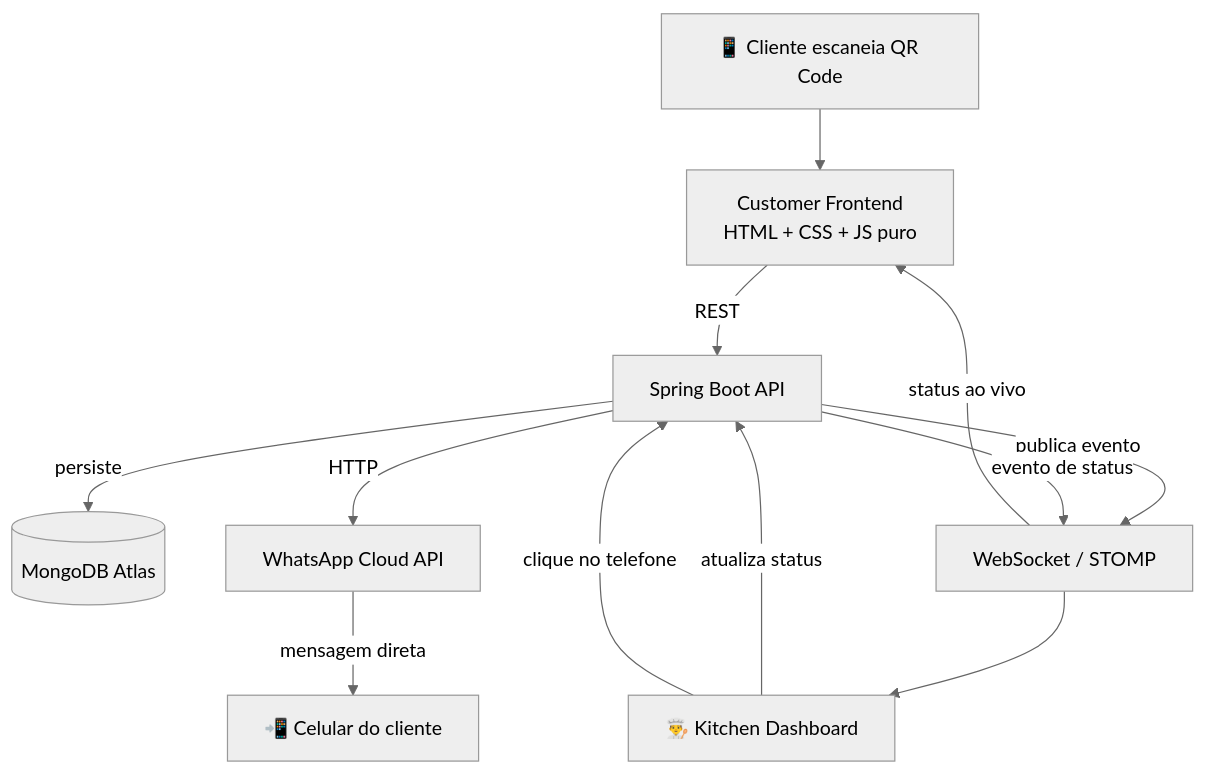
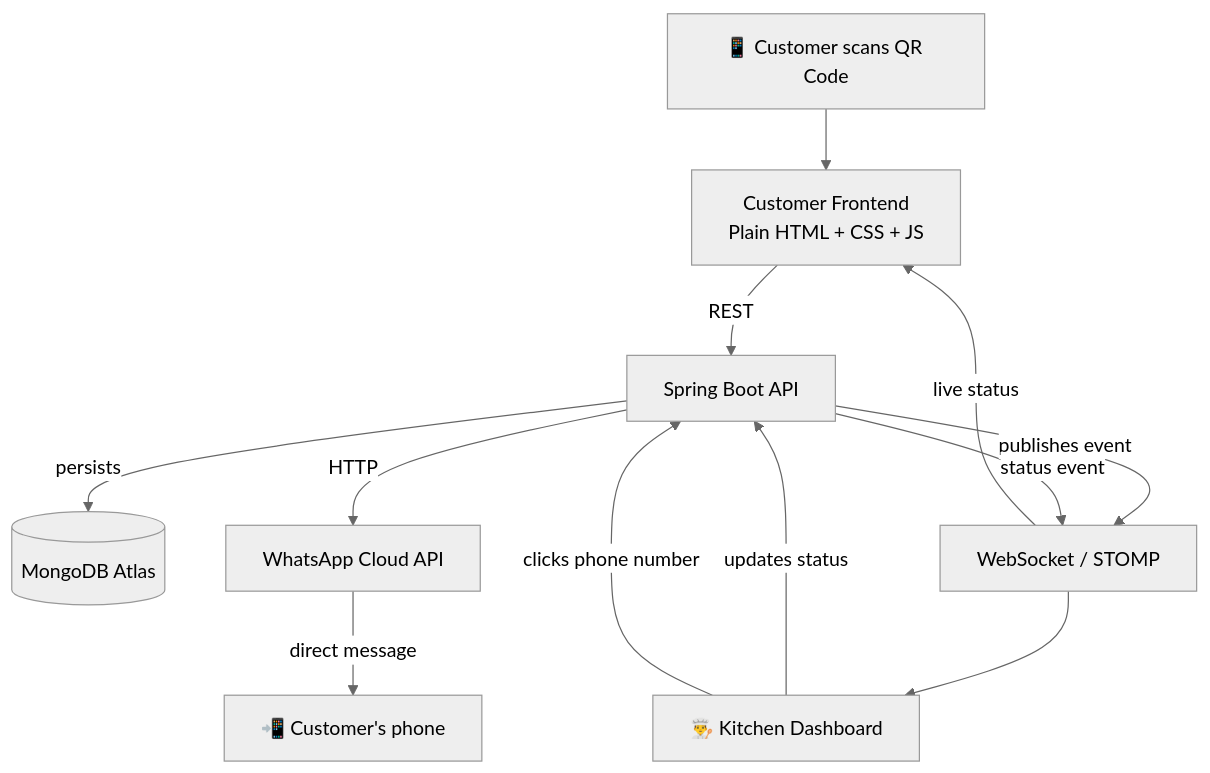
Before and after one commit to GuilhermeDoSantoss/pedacinho-de-maria: the first of 2 diagrams in README.md, drawn with Mermaid (neutral theme). The commit also changed other lines of this file, not shown here.

````diff
--- a/README.md
+++ b/README.md
@@ -63,14 +63,14 @@
 ```mermaid
 flowchart TD
-    A[📱 Cliente escaneia QR Code] --> B[Customer Frontend<br/>HTML + CSS + JS puro]
+    A[📱 Customer scans QR Code] --> B[Customer Frontend<br/>Plain HTML + CSS + JS]
     B -->|REST| C[Spring Boot API]
-    C -->|persiste| D[(MongoDB Atlas)]
-    C -->|publica evento| E[WebSocket / STOMP]
+    C -->|persists| D[(MongoDB Atlas)]
+    C -->|publishes event| E[WebSocket / STOMP]
     E --> F[👨‍🍳 Kitchen Dashboard]
-    F -->|atualiza status| C
-    C -->|evento de status| E
-    E -->|status ao vivo| B
-    F -->|clique no telefone| C
+    F -->|updates status| C
+    C -->|status event| E
+    E -->|live status| B
+    F -->|clicks phone number| C
     C -->|HTTP| G[WhatsApp Cloud API]
-    G -->|mensagem direta| H[📲 Celular do cliente]
+    G -->|direct message| H[📲 Customer's phone]
 ```
````
